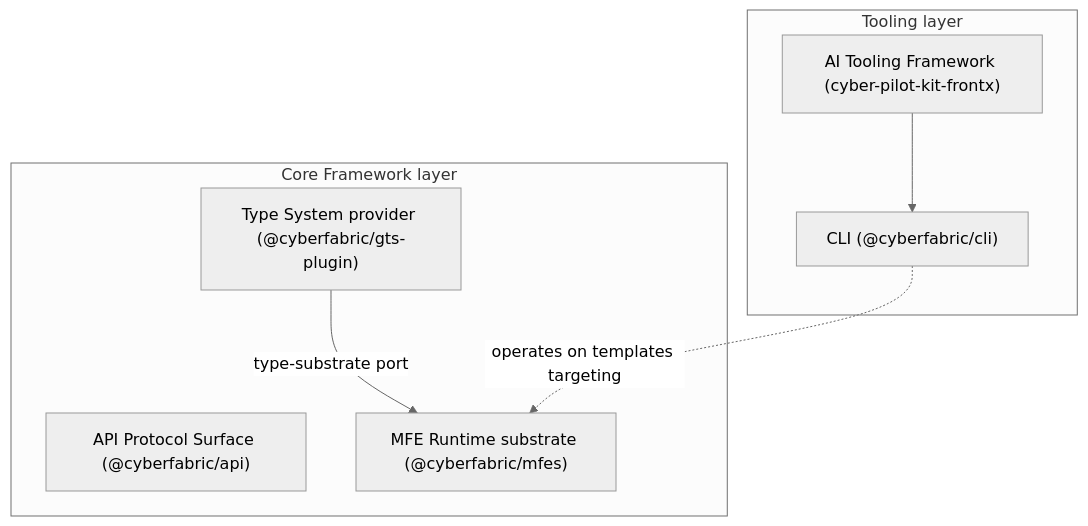
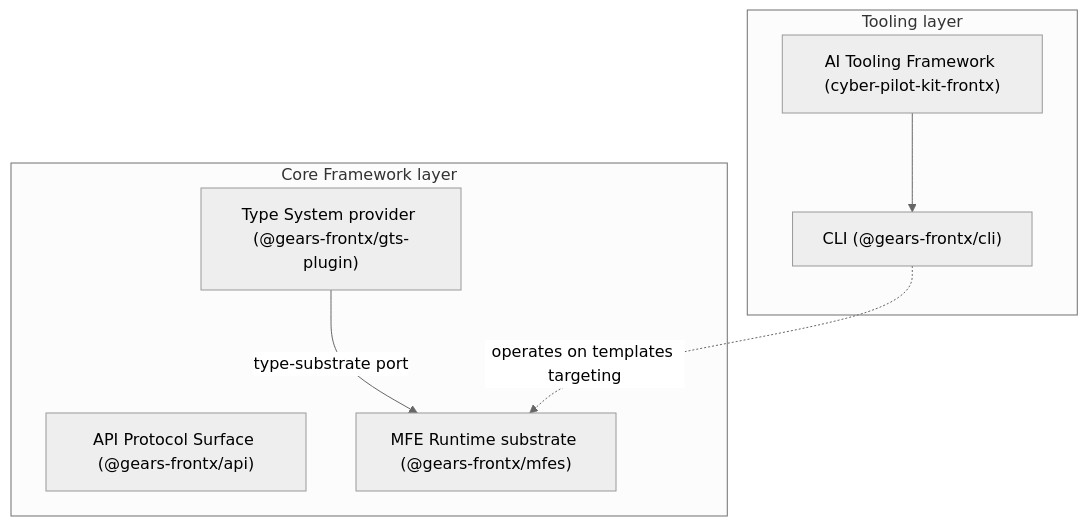
One commit to GeraBart/gears-frontx changed the first of 6 diagrams in architecture/DESIGN.md. Above: the diagram before and after it, drawn with Mermaid (neutral theme). The commit also changed other lines of this file and 19 other files, not shown here.

````diff
--- a/architecture/DESIGN.md
+++ b/architecture/DESIGN.md
@@ -140,15 +140,15 @@
 ```mermaid
 graph TD
     subgraph Tooling[Tooling layer]
         KIT["AI Tooling Framework (cyber-pilot-kit-frontx)"]
-        CLI["CLI (@cyberfabric/cli)"]
+        CLI["CLI (@gears-frontx/cli)"]
     end
     subgraph Core[Core Framework layer]
-        API["API Protocol Surface (@cyberfabric/api)"]
-        GTS["Type System provider (@cyberfabric/gts-plugin)"]
-        MFES["MFE Runtime substrate (@cyberfabric/mfes)"]
+        API["API Protocol Surface (@gears-frontx/api)"]
+        GTS["Type System provider (@gears-frontx/gts-plugin)"]
+        MFES["MFE Runtime substrate (@gears-frontx/mfes)"]
     end
     KIT --> CLI
     GTS -- "type-substrate port" --> MFES
     CLI -. "operates on templates targeting" .-> MFES
 ```
````
